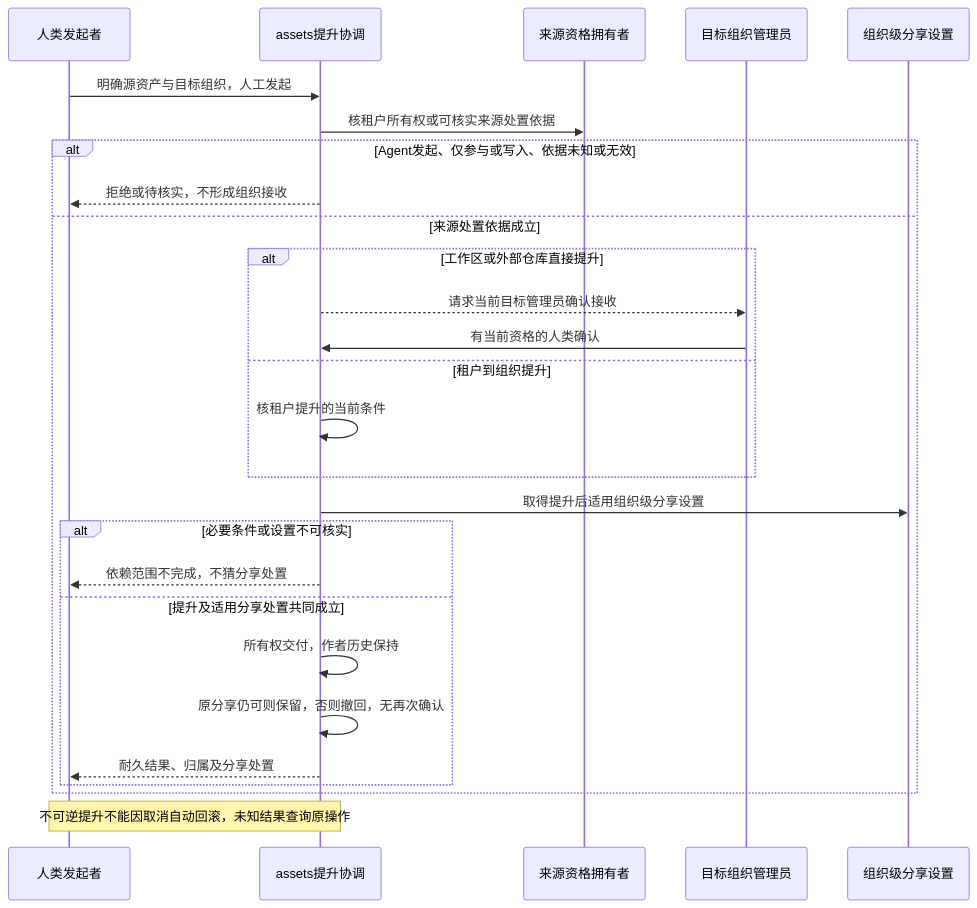
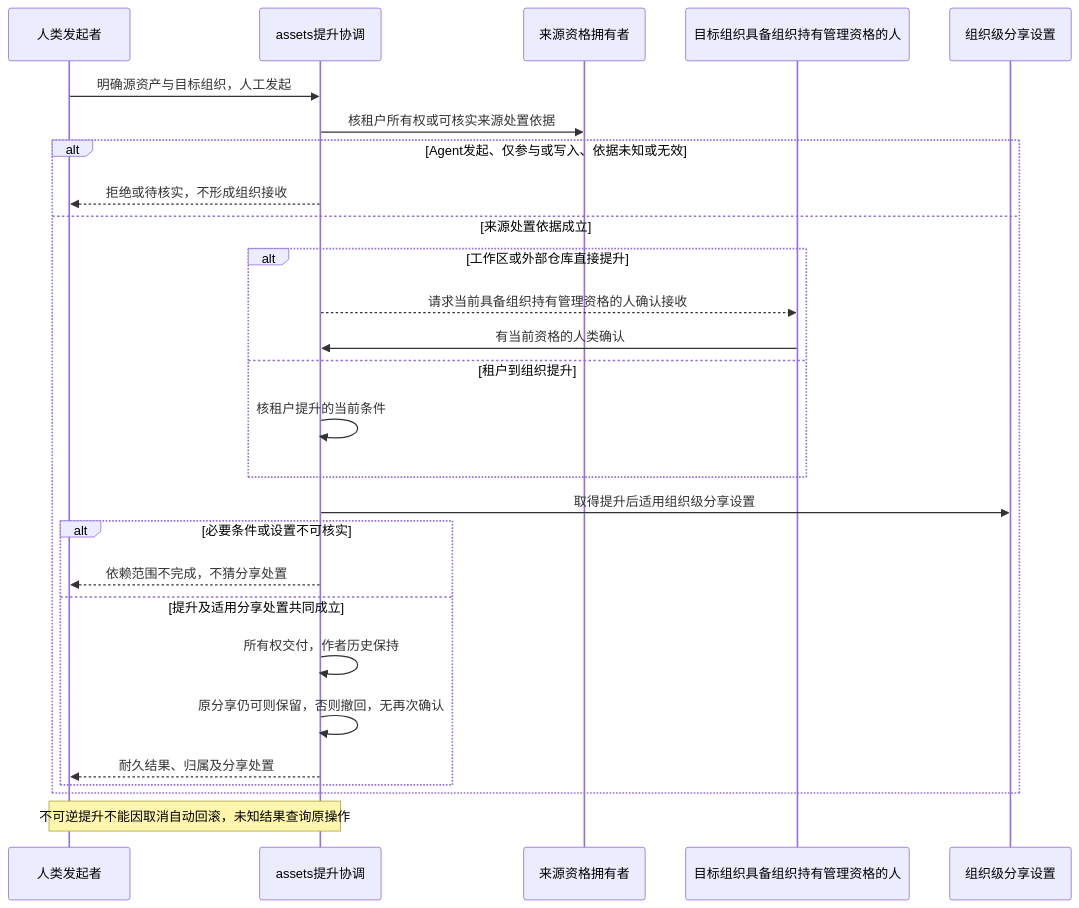
The seventh of 7 diagrams in packages/assets/assets/docs/internals.md (nemori-ai/omne-harness-lite), drawn with Mermaid before and after one commit. The commit also changed other lines of this file and 11 other files, not shown here.

````diff
--- a/packages/assets/assets/docs/internals.md
+++ b/packages/assets/assets/docs/internals.md
@@ -231,29 +231,29 @@
 ```mermaid
 sequenceDiagram
   participant U as 人类发起者
   participant A as assets提升协调
   participant Q as 来源资格拥有者
-  participant O as 目标组织管理员
+  participant O as 目标组织具备组织持有管理资格的人
   participant P as 组织级分享设置
   U->>A: 明确源资产与目标组织，人工发起
   A->>Q: 核租户所有权或可核实来源处置依据
   alt Agent发起、仅参与或写入、依据未知或无效
     A-->>U: 拒绝或待核实，不形成组织接收
   else 来源处置依据成立
     alt 工作区或外部仓库直接提升
-      A-->>O: 请求当前目标管理员确认接收
+      A-->>O: 请求当前具备组织持有管理资格的人确认接收
       O->>A: 有当前资格的人类确认
     else 租户到组织提升
       A->>A: 核租户提升的当前条件
     end
     A->>P: 取得提升后适用组织级分享设置
     alt 必要条件或设置不可核实
       A-->>U: 依赖范围不完成，不猜分享处置
     else 提升及适用分享处置共同成立
       A->>A: 所有权交付，作者历史保持
       A->>A: 原分享仍可则保留，否则撤回，无再次确认
       A-->>U: 耐久结果、归属及分享处置
     end
   end
   Note over U,A: 不可逆提升不能因取消自动回滚，未知结果查询原操作
 ```
````
